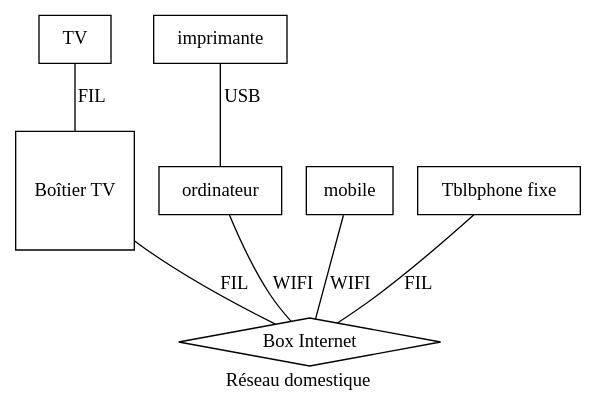
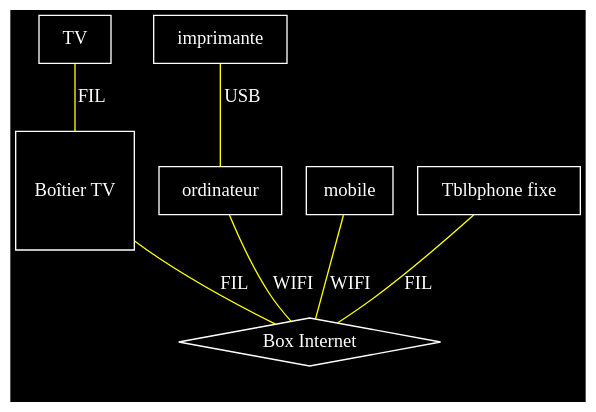
The diagram in assets/reseau.gv (zhangfeng/cours), drawn with Graphviz before and after one commit. The commit also changed 1 other file, not shown here.

```diff
--- a/assets/reseau.gv
+++ b/assets/reseau.gv
@@ -1,16 +1,19 @@
 graph {
+    bgcolor=black;
+    node [color=white, fontcolor=white ] 
+    edge [color=yellow, fontcolor=white ] 
     label = "Réseau domestique";
     box [ label = "Box Internet", shape = diamond ];
-    boxtv [ label = "Boîtier TV", shape = square ];
+    boxtv [ label = "Boîtier TV", shape = square,  ];
     tv [ label = "TV", shape = box ];
     ordinateur [ shape = box ];
     imprimante [ shape = box ];
     mobile [ shape = rectangle ];
     tel [ label = "Tblbphone fixe", shape = rectangle ];
     ordinateur -- box [ label = "WIFI" ];
     mobile -- box [ label = "WIFI" ];
     tel -- box [ label = "FIL" ];
     boxtv -- box [ label = "FIL" ];
     tv -- boxtv [ label = "FIL" ];
     imprimante -- ordinateur [ label = "USB" ];
 }
```
